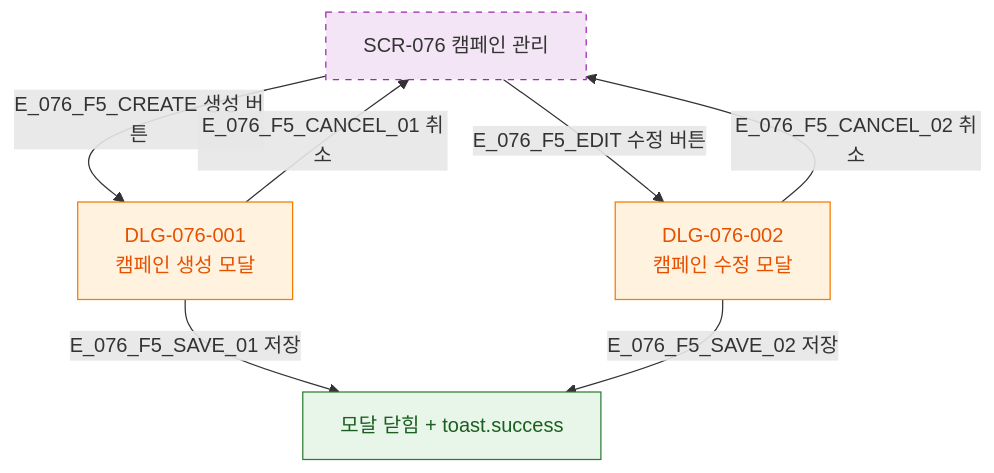
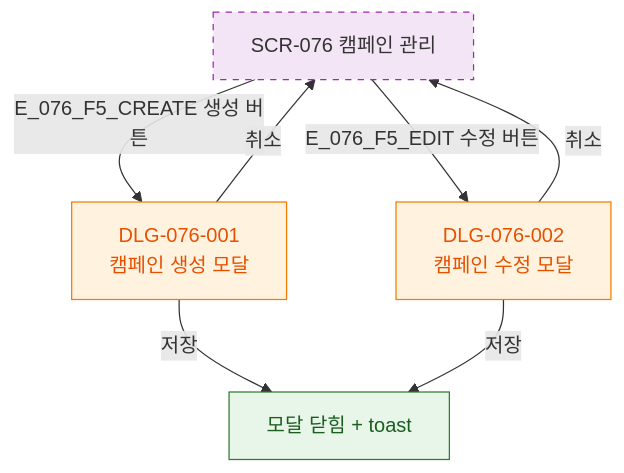
One commit to dev-spogym/admin-pando changed the diagram in docs/다이어그램/D08_마케팅/SCR-076_캠페인관리/F5_모달트리거.md. Above: the diagram before and after it, drawn with Mermaid. The commit also changed other lines of this file and 1660 other files, not shown here.

First line of the commit message:
다이어그램: 기획자/클라이언트 납품본으로 정리

````diff
--- a/docs/다이어그램/D08_마케팅/SCR-076_캠페인관리/F5_모달트리거.md
+++ b/docs/다이어그램/D08_마케팅/SCR-076_캠페인관리/F5_모달트리거.md
@@ -14,20 +12,20 @@
 ```mermaid
 flowchart TD
   SCR_076[SCR-076 캠페인 관리]
 
-  SCR_076 -->|E_076_F5_CREATE 생성 버튼| DLG_001[DLG-076-001\n캠페인 생성 모달]
-  SCR_076 -->|E_076_F5_EDIT 수정 버튼| DLG_002[DLG-076-002\n캠페인 수정 모달]
+  SCR_076 -->|E_076_F5_CREATE 생성 버튼|DLG_001[DLG-076-001\n캠페인 생성 모달]
+  SCR_076 -->|E_076_F5_EDIT 수정 버튼|DLG_002[DLG-076-002\n캠페인 수정 모달]
 
-  DLG_001 -->|E_076_F5_SAVE_01 저장| SAVED[모달 닫힘 + toast.success]
-  DLG_001 -->|E_076_F5_CANCEL_01 취소| SCR_076
-  DLG_002 -->|E_076_F5_SAVE_02 저장| SAVED
-  DLG_002 -->|E_076_F5_CANCEL_02 취소| SCR_076
+  DLG_001 -->|저장|SAVED[모달 닫힘 + toast]
+  DLG_001 -->|취소|SCR_076
+  DLG_002 -->|저장|SAVED
+  DLG_002 -->|취소|SCR_076
 
   classDef newFeature fill:#F3E5F5,stroke:#9C27B0,stroke-dasharray:5 5
-  classDef modal      fill:#FFF3E0,stroke:#F57C00,color:#E65100
-  classDef success    fill:#E8F5E9,stroke:#2E7D32,color:#1B5E20
+  classDef modal fill:#FFF3E0,stroke:#F57C00,color:#E65100
+  classDef success fill:#E8F5E9,stroke:#2E7D32,color:#1B5E20
 
   class SCR_076 newFeature
   class DLG_001,DLG_002 modal
   class SAVED success
 ```
````
